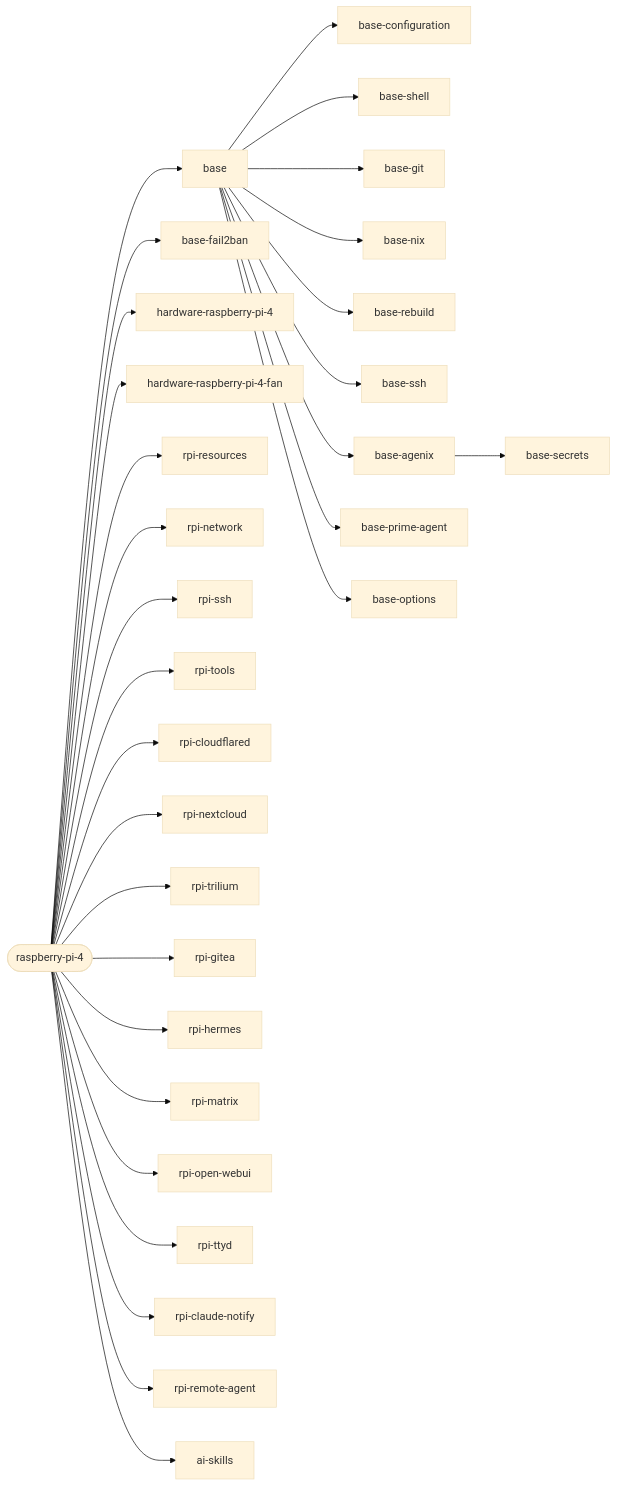
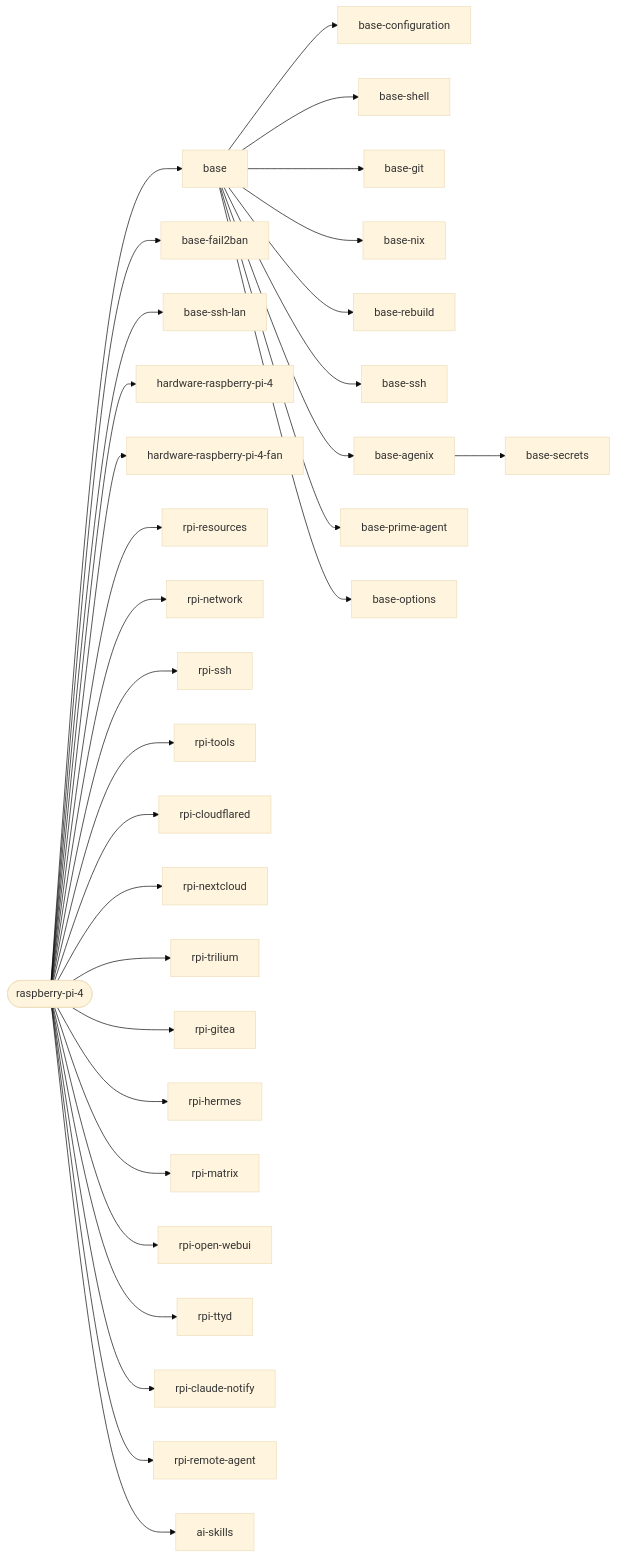
The second of 3 diagrams in docs/reference/hosts.md (janusz-bit/nixos), drawn with Mermaid (base theme) before and after one commit. The commit also changed other lines of this file and 9 other files, not shown here.

First line of the commit message:
rpi: accept SSH only from the home LAN, like the laptop

````diff
--- a/docs/reference/hosts.md
+++ b/docs/reference/hosts.md
@@ -116,33 +116,34 @@
 ```mermaid
 flowchart LR
   host_raspberry_pi_4([raspberry-pi-4])
   host_raspberry_pi_4 --> base[base]
   host_raspberry_pi_4 --> base_fail2ban[base-fail2ban]
+  host_raspberry_pi_4 --> base_ssh_lan[base-ssh-lan]
   host_raspberry_pi_4 --> hardware_raspberry_pi_4[hardware-raspberry-pi-4]
   host_raspberry_pi_4 --> hardware_raspberry_pi_4_fan[hardware-raspberry-pi-4-fan]
   host_raspberry_pi_4 --> rpi_resources[rpi-resources]
   host_raspberry_pi_4 --> rpi_network[rpi-network]
   host_raspberry_pi_4 --> rpi_ssh[rpi-ssh]
   host_raspberry_pi_4 --> rpi_tools[rpi-tools]
   host_raspberry_pi_4 --> rpi_cloudflared[rpi-cloudflared]
   host_raspberry_pi_4 --> rpi_nextcloud[rpi-nextcloud]
   host_raspberry_pi_4 --> rpi_trilium[rpi-trilium]
   host_raspberry_pi_4 --> rpi_gitea[rpi-gitea]
   host_raspberry_pi_4 --> rpi_hermes[rpi-hermes]
   host_raspberry_pi_4 --> rpi_matrix[rpi-matrix]
   host_raspberry_pi_4 --> rpi_open_webui[rpi-open-webui]
   host_raspberry_pi_4 --> rpi_ttyd[rpi-ttyd]
   host_raspberry_pi_4 --> rpi_claude_notify[rpi-claude-notify]
   host_raspberry_pi_4 --> rpi_remote_agent[rpi-remote-agent]
   host_raspberry_pi_4 --> ai_skills[ai-skills]
   base --> base_configuration[base-configuration]
   base --> base_shell[base-shell]
   base --> base_git[base-git]
   base --> base_nix[base-nix]
   base --> base_rebuild[base-rebuild]
   base --> base_ssh[base-ssh]
   base --> base_agenix[base-agenix]
   base --> base_prime_agent[base-prime-agent]
   base --> base_options[base-options]
   base_agenix --> base_secrets[base-secrets]
 ```
````
